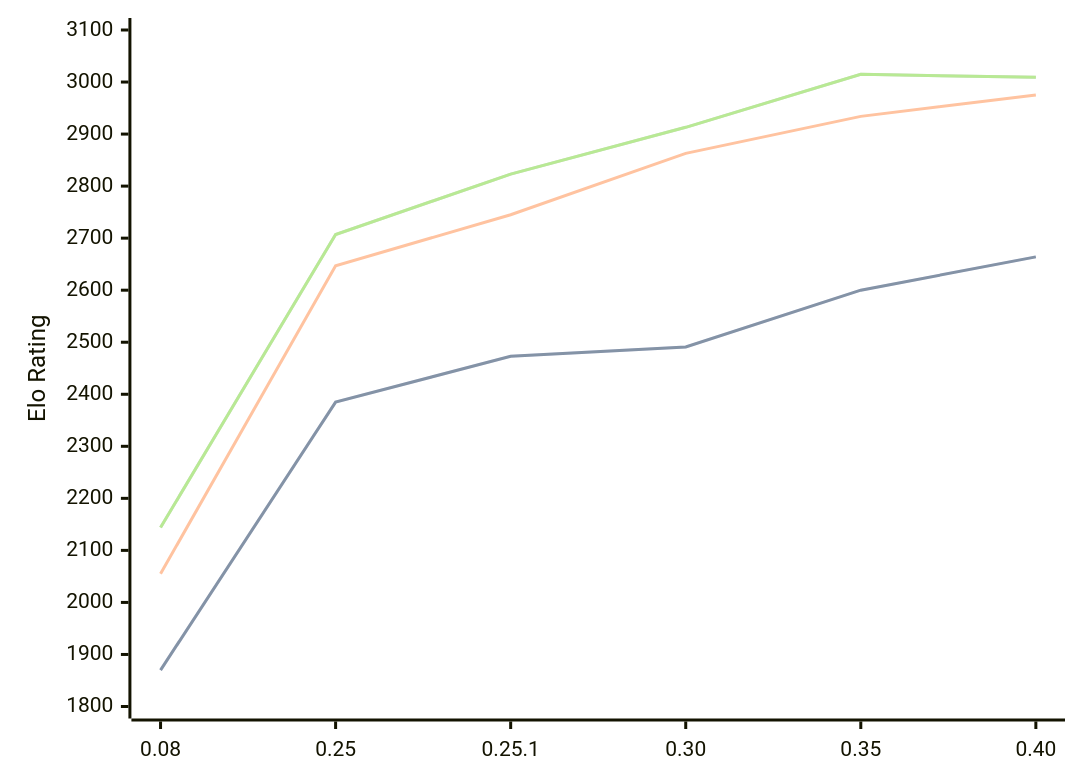
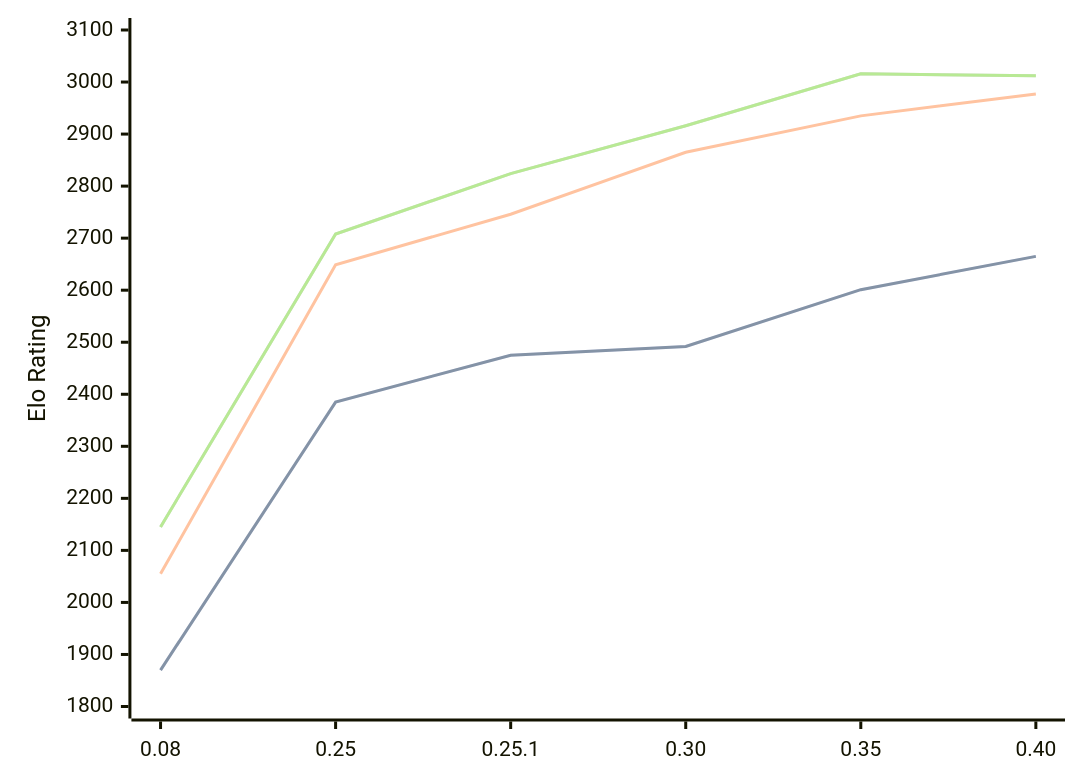
One commit to computer-chess-index/cci changed the third of 3 diagrams in engines/Gecko.md. Above: the diagram before and after it, drawn with Mermaid. The commit also changed other lines of this file, not shown here.

Commit message:
Update CCI Ratings (ELO VLTC) - 2026-06-30

````diff
--- a/engines/Gecko.md
+++ b/engines/Gecko.md
@@ -69,11 +69,11 @@
 ```mermaid
 %%{init: {"theme":"base","themeVariables":{"seriesColors:['#a3a3a3','#222221','#faa371']}}}%%
 xychart-beta
   x-axis ["0.08", "0.25", "0.25.1", "0.30", "0.35", "0.40"]
   y-axis "Elo Rating" 1800 --> 3100
-  line "STC (8.0+0.08s)" [1870, 2385, 2473, 2491, 2600, 2664]
-  line "STC (8.0+0.08s)" [1870, 2385, 2473, 2491, 2600, 2664]
-  line "LTC (60.0+0.60s)" [2055, 2647, 2745, 2863, 2934, 2975]
-  line "VLTC (2m24s+1.12s)" [2144, 2707, 2823, 2913, 3015, 3009]
-  line "VLTC (2m24s+1.12s)" [2144, 2707, 2823, 2913, 3015, 3009]
+  line "STC (8.0+0.08s)" [1870, 2385, 2475, 2492, 2601, 2665]
+  line "STC (8.0+0.08s)" [1870, 2385, 2475, 2492, 2601, 2665]
+  line "LTC (60.0+0.60s)" [2055, 2649, 2746, 2865, 2935, 2977]
+  line "VLTC (2m24s+1.12s)" [2145, 2708, 2824, 2916, 3016, 3012]
+  line "VLTC (2m24s+1.12s)" [2145, 2708, 2824, 2916, 3016, 3012]
 ```
````
